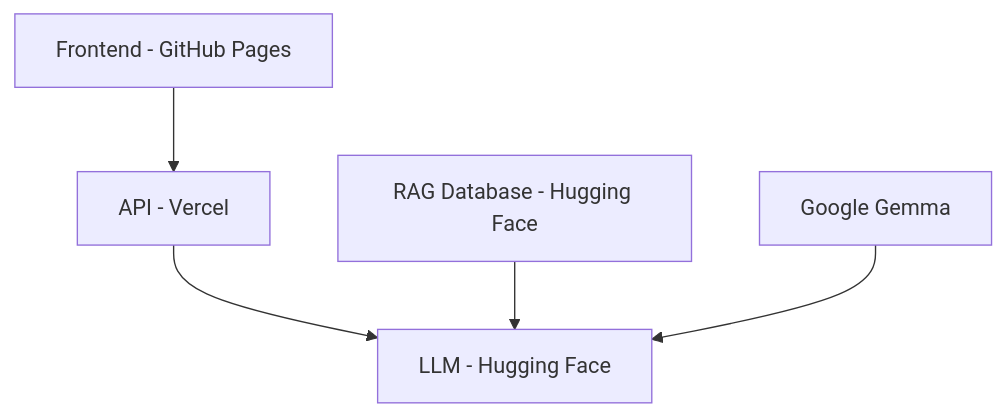
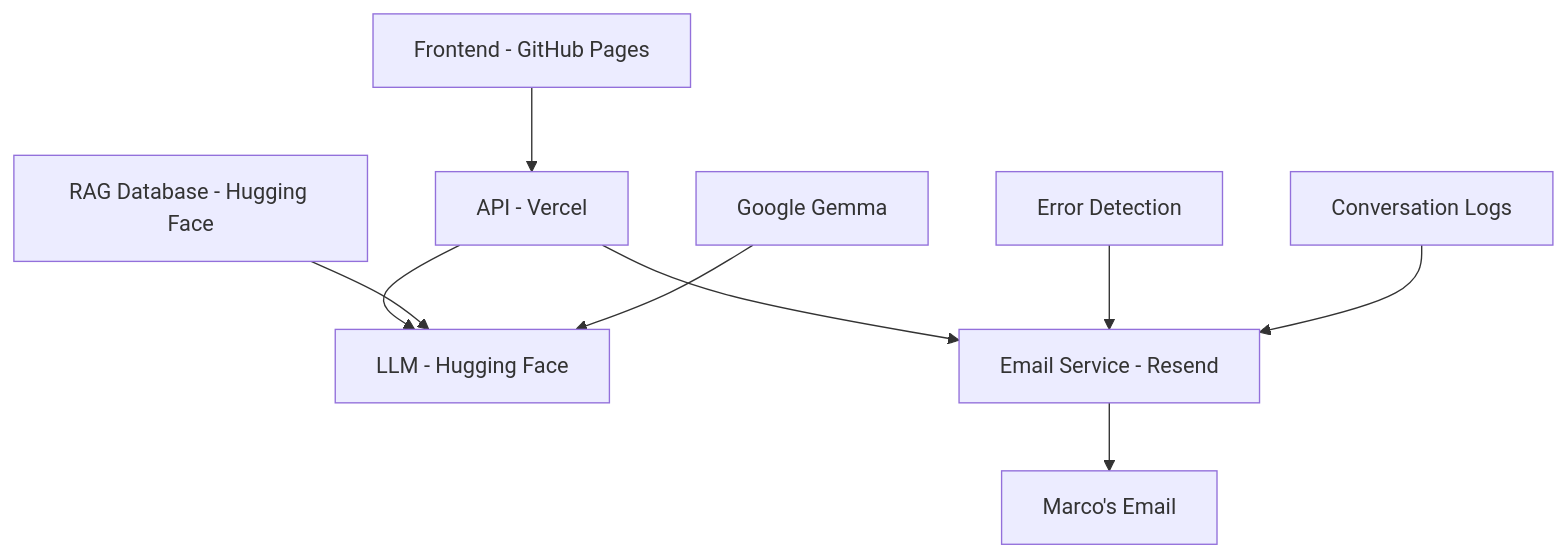
One commit to marcopyre/portfolio changed the diagram in README.md. Above: the diagram before and after it, drawn with Mermaid. The commit also changed other lines of this file, not shown here.

````diff
--- a/README.md
+++ b/README.md
@@ -65,9 +66,13 @@
 ```mermaid
 graph TB
     A[Frontend - GitHub Pages] --> B[API - Vercel]
     B --> C[LLM - Hugging Face]
     D[RAG Database - Hugging Face] --> C
+    B --> E[Email Service - Resend]
+    E --> F[Marco's Email]
 
-    F[Google Gemma] --> C
+    G[Google Gemma] --> C
+    H[Error Detection] --> E
+    I[Conversation Logs] --> E
 
 ```
````
